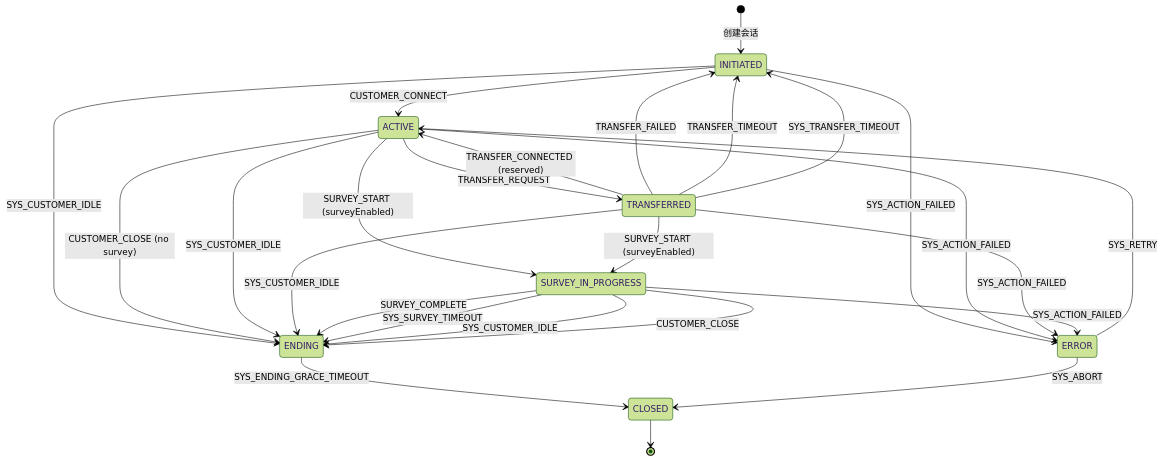
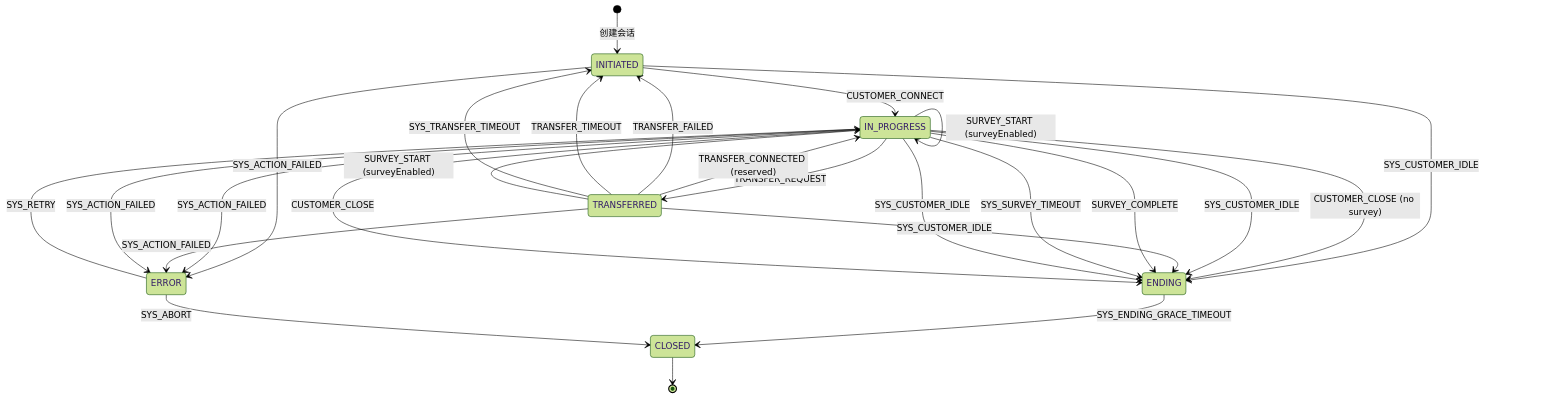
Before and after one commit to huangzhiqiu/ai-knowledge-design: the first of 7 diagrams in 08-Code/state-machine/docs/zh/03-State-Transition-Diagrams.md, drawn with Mermaid (forest theme). The commit also changed other lines of this file and 23 other files, not shown here.

````diff
--- a/08-Code/state-machine/docs/zh/03-State-Transition-Diagrams.md
+++ b/08-Code/state-machine/docs/zh/03-State-Transition-Diagrams.md
@@ -9,36 +9,36 @@
 ```mermaid
 stateDiagram-v2
     [*] --> INITIATED : 创建会话
 
-    INITIATED --> ACTIVE : CUSTOMER_CONNECT
+    INITIATED --> IN_PROGRESS : CUSTOMER_CONNECT
     INITIATED --> ENDING : SYS_CUSTOMER_IDLE
 
-    ACTIVE --> TRANSFERRED : TRANSFER_REQUEST
-    ACTIVE --> SURVEY_IN_PROGRESS : SURVEY_START (surveyEnabled)
-    ACTIVE --> ENDING : CUSTOMER_CLOSE (no survey)
-    ACTIVE --> ENDING : SYS_CUSTOMER_IDLE
+    IN_PROGRESS --> TRANSFERRED : TRANSFER_REQUEST
+    IN_PROGRESS --> IN_PROGRESS : SURVEY_START (surveyEnabled)
+    IN_PROGRESS --> ENDING : CUSTOMER_CLOSE (no survey)
+    IN_PROGRESS --> ENDING : SYS_CUSTOMER_IDLE
 
-    TRANSFERRED --> ACTIVE : TRANSFER_CONNECTED (reserved)
+    TRANSFERRED --> IN_PROGRESS : TRANSFER_CONNECTED (reserved)
     TRANSFERRED --> INITIATED : TRANSFER_FAILED
     TRANSFERRED --> INITIATED : TRANSFER_TIMEOUT
     TRANSFERRED --> INITIATED : SYS_TRANSFER_TIMEOUT
-    TRANSFERRED --> SURVEY_IN_PROGRESS : SURVEY_START (surveyEnabled)
+    TRANSFERRED --> IN_PROGRESS : SURVEY_START (surveyEnabled)
     TRANSFERRED --> ENDING : SYS_CUSTOMER_IDLE
 
-    SURVEY_IN_PROGRESS --> ENDING : SURVEY_COMPLETE
-    SURVEY_IN_PROGRESS --> ENDING : SYS_SURVEY_TIMEOUT
-    SURVEY_IN_PROGRESS --> ENDING : SYS_CUSTOMER_IDLE
-    SURVEY_IN_PROGRESS --> ENDING : CUSTOMER_CLOSE
+    IN_PROGRESS --> ENDING : SURVEY_COMPLETE
+    IN_PROGRESS --> ENDING : SYS_SURVEY_TIMEOUT
+    IN_PROGRESS --> ENDING : SYS_CUSTOMER_IDLE
+    IN_PROGRESS --> ENDING : CUSTOMER_CLOSE
 
     ENDING --> CLOSED : SYS_ENDING_GRACE_TIMEOUT
 
     %% 故障转移: 动作错误 → SYS_ACTION_FAILED → ERROR → 重试/中止
     INITIATED --> ERROR : SYS_ACTION_FAILED
-    ACTIVE --> ERROR : SYS_ACTION_FAILED
+    IN_PROGRESS --> ERROR : SYS_ACTION_FAILED
     TRANSFERRED --> ERROR : SYS_ACTION_FAILED
-    SURVEY_IN_PROGRESS --> ERROR : SYS_ACTION_FAILED
-    ERROR --> ACTIVE : SYS_RETRY
+    IN_PROGRESS --> ERROR : SYS_ACTION_FAILED
+    ERROR --> IN_PROGRESS : SYS_RETRY
     ERROR --> CLOSED : SYS_ABORT
 
     CLOSED --> [*]
 ```
````
